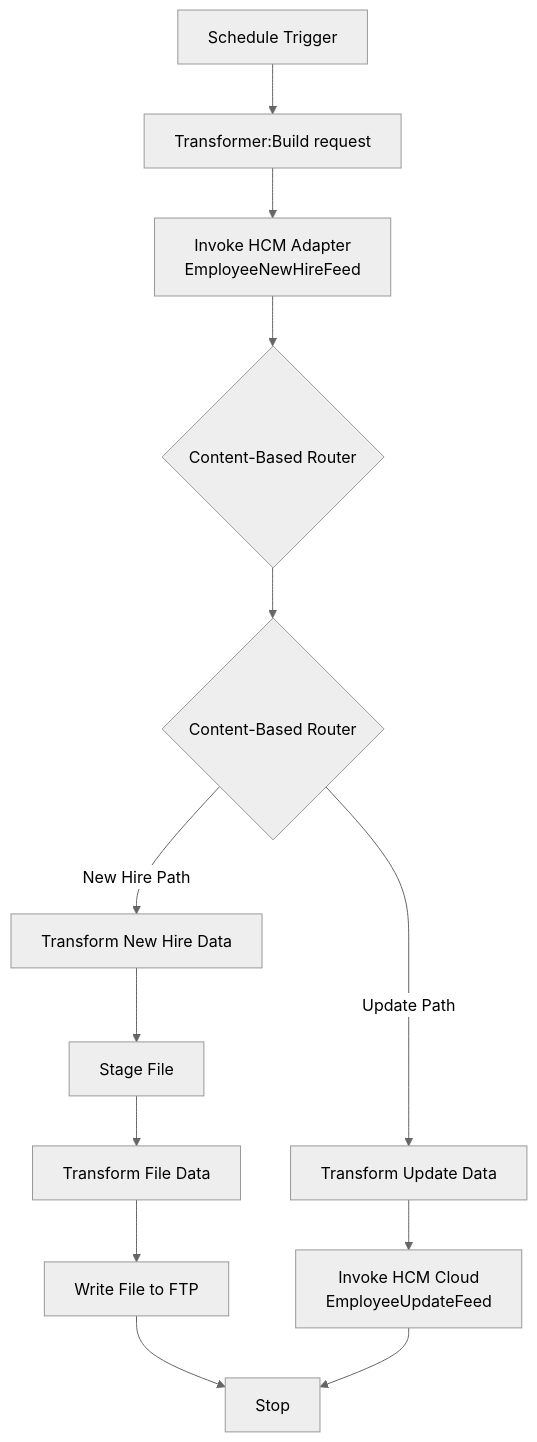
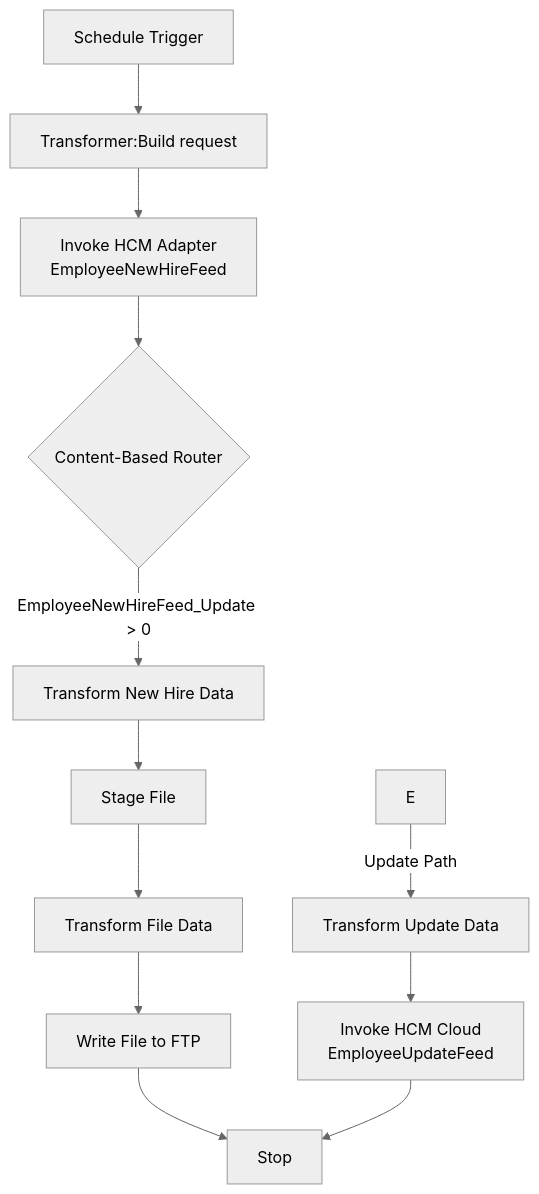
Before and after one commit to shanchih/Seaspan: the first of 2 diagrams in Seaspan/Helm/EmployeeMaster.md, drawn with Mermaid (neutral theme). The commit also changed other lines of this file, not shown here.

Commit message:
Seaspan/Helm/EmployeeMaster.md updated from https://stackedit.io/

````diff
--- a/Seaspan/Helm/EmployeeMaster.md
+++ b/Seaspan/Helm/EmployeeMaster.md
@@ -63,21 +63,20 @@
 ```mermaid
 flowchart TD
     A[Schedule Trigger] --> B[Transformer:Build request]
     B --> C[Invoke HCM Adapter\nEmployeeNewHireFeed]
     C --> D{Content-Based Router}
-    D --> E{Content-Based Router}
-    
-    E --> |New Hire Path| F[Transform New Hire Data]
+        
+    D --> |EmployeeNewHireFeed_Update > 0| F[Transform New Hire Data]
     F --> G[Stage File]
     G --> H[Transform File Data]
     H --> I[Write File to FTP]
     
     E --> |Update Path| J[Transform Update Data]
     J --> K[Invoke HCM Cloud\nEmployeeUpdateFeed]
     
     
     I --> N[Stop]
     K --> N
 
 
 ```
````
